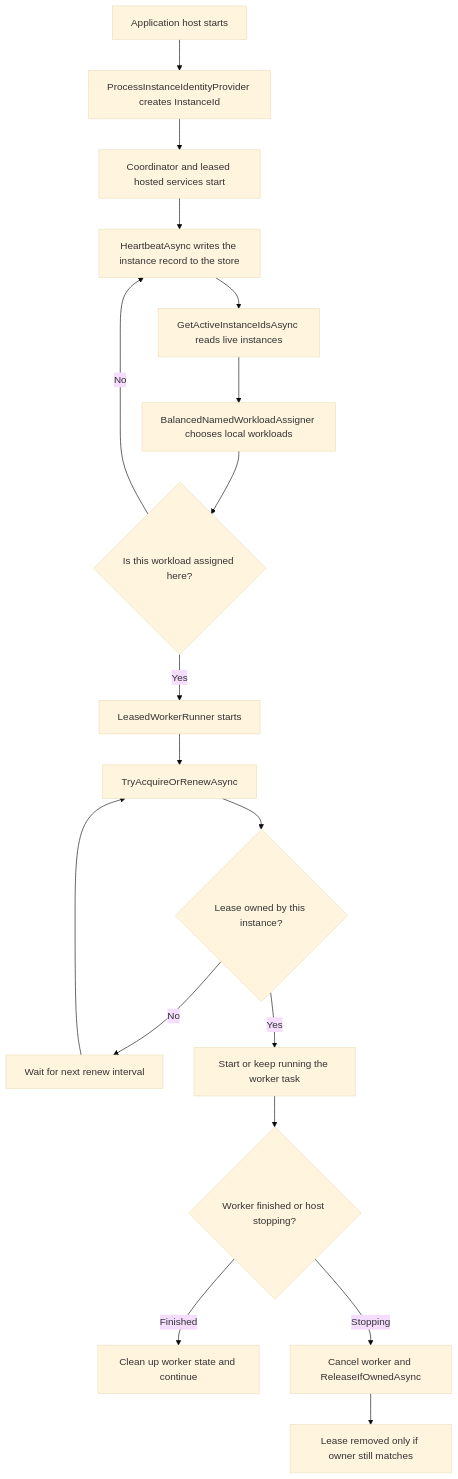
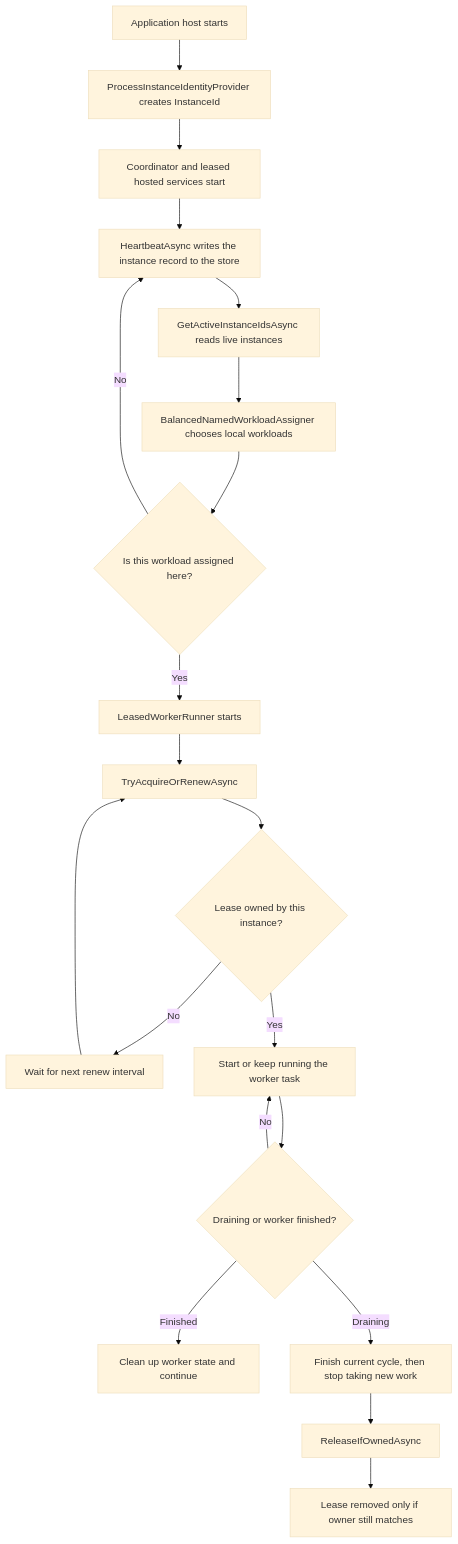
Before and after one commit to pavlek1817/multiinstance-worker: the diagram in docs/leader-election-flow.md, drawn with Mermaid (base theme). The commit also changed other lines of this file and 26 other files, not shown here.

````diff
--- a/docs/leader-election-flow.md
+++ b/docs/leader-election-flow.md
@@ -14,20 +14,22 @@
 ```mermaid
 flowchart TD
     A[Application host starts] --> B[ProcessInstanceIdentityProvider creates InstanceId]
     B --> C[Coordinator and leased hosted services start]
     C --> D[HeartbeatAsync writes the instance record to the store]
     D --> E[GetActiveInstanceIdsAsync reads live instances]
     E --> F[BalancedNamedWorkloadAssigner chooses local workloads]
     F --> G{Is this workload assigned here?}
     G -- No --> D
     G -- Yes --> H[LeasedWorkerRunner starts]
     H --> I[TryAcquireOrRenewAsync]
     I --> J{Lease owned by this instance?}
     J -- No --> K[Wait for next renew interval]
     K --> I
     J -- Yes --> L[Start or keep running the worker task]
-    L --> M{Worker finished or host stopping?}
+    L --> M{Draining or worker finished?}
+    M -- No --> L
     M -- Finished --> N[Clean up worker state and continue]
-    M -- Stopping --> O[Cancel worker and ReleaseIfOwnedAsync]
-    O --> P[Lease removed only if owner still matches]
+    M -- Draining --> O[Finish current cycle, then stop taking new work]
+    O --> P[ReleaseIfOwnedAsync]
+    P --> Q[Lease removed only if owner still matches]
 ```
````
